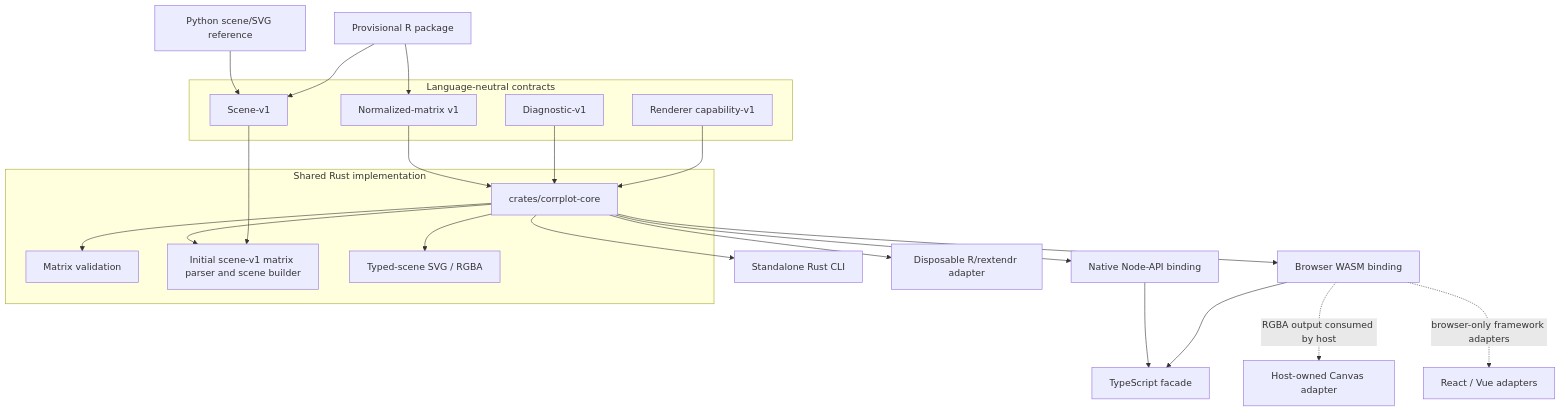
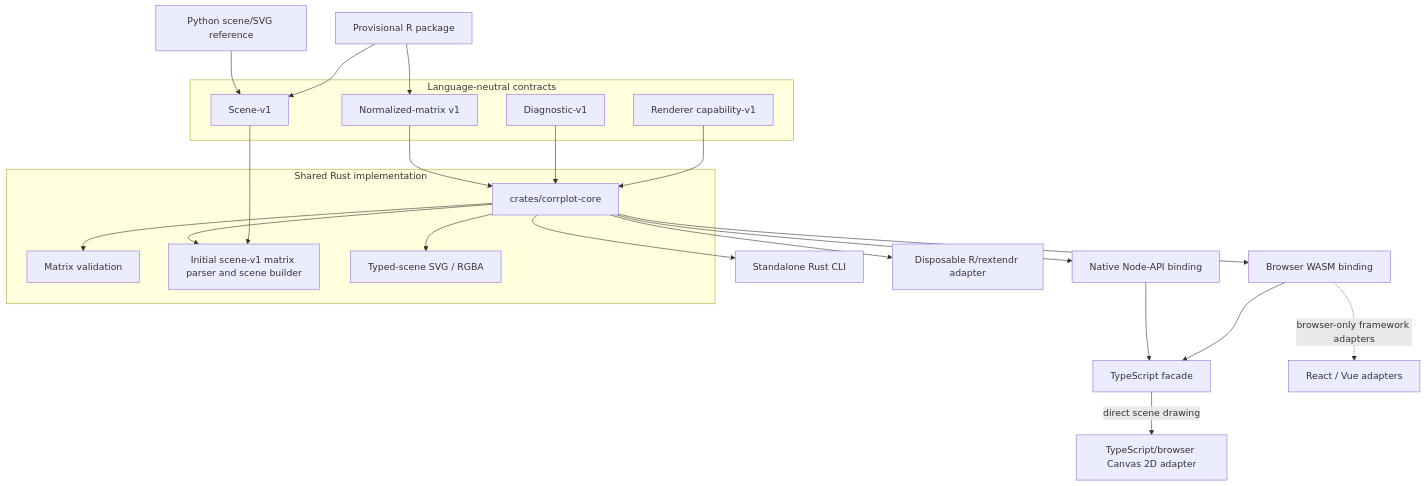
One commit to vsimko/corrplot-ng changed the diagram in docs/architecture.md. Above: the diagram before and after it, drawn with Mermaid. The commit also changed other lines of this file, not shown here.

Commit message:
docs: reconcile Canvas implementation status (#336)

````diff
--- a/docs/architecture.md
+++ b/docs/architecture.md
@@ -28,45 +28,45 @@
 ```mermaid
 flowchart TB
     subgraph Contracts[Language-neutral contracts]
       NM[Normalized-matrix v1]
       SC[Scene-v1]
       DIAG[Diagnostic-v1]
       CAP[Renderer capability-v1]
     end
 
     subgraph Rust[Shared Rust implementation]
       CORE[crates/corrplot-core]
       VALIDATE[Matrix validation]
       BUILD[Initial scene-v1 matrix parser and scene builder]
       RENDER[Typed-scene SVG / RGBA]
       CORE --> VALIDATE
       CORE --> BUILD
       CORE --> RENDER
     end
 
     CLI[Standalone Rust CLI]
     NODE[Native Node-API binding]
     WASM[Browser WASM binding]
     R[Disposable R/rextendr adapter]
     TS[TypeScript facade]
     PY[Python scene/SVG reference]
     RPKG[Provisional R package]
-    CANVAS[Host-owned Canvas adapter]
+    CANVAS[TypeScript/browser Canvas 2D adapter]
     FRAME[React / Vue adapters]
 
     NM --> CORE
     SC --> BUILD
     DIAG --> CORE
     CAP --> CORE
     CORE --> CLI
     CORE --> NODE
     CORE --> WASM
     CORE --> R
     NODE --> TS
     WASM --> TS
     PY --> SC
     RPKG --> NM
     RPKG --> SC
-    WASM -. RGBA output consumed by host .-> CANVAS
+    TS -->|direct scene drawing| CANVAS
     WASM -. browser-only framework adapters .-> FRAME
 ```
````
